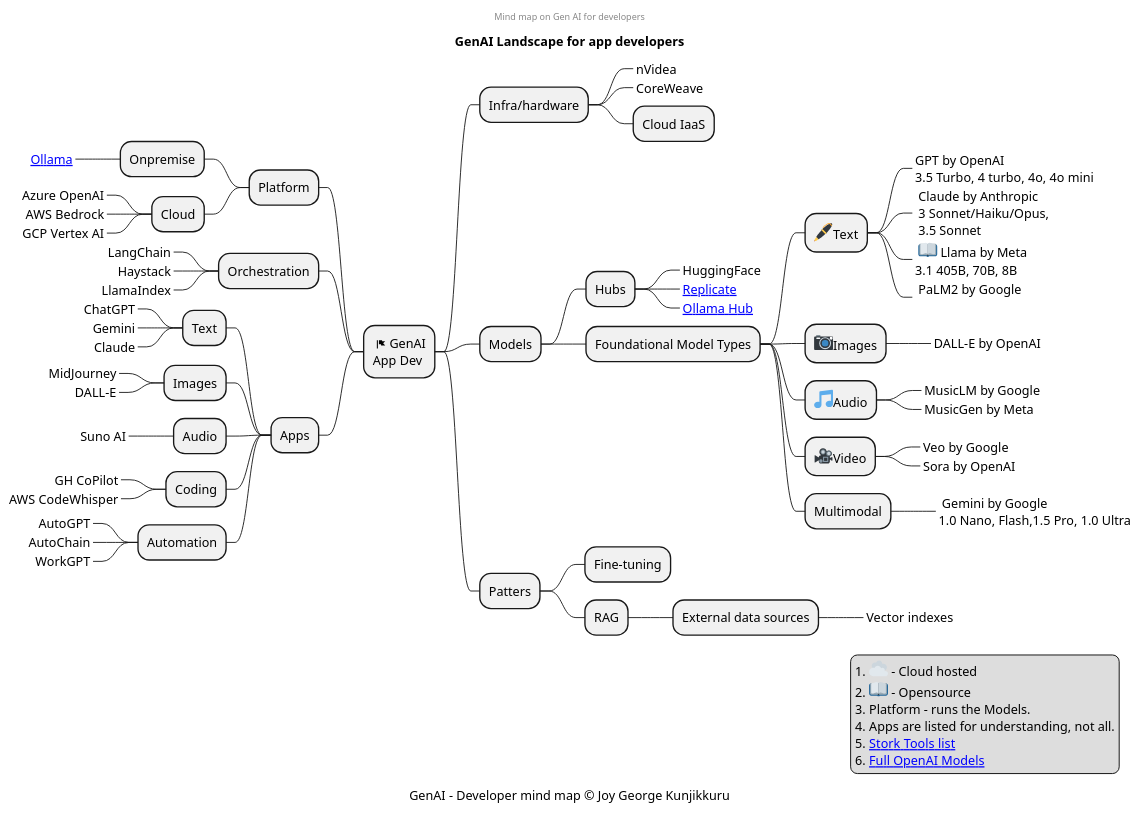
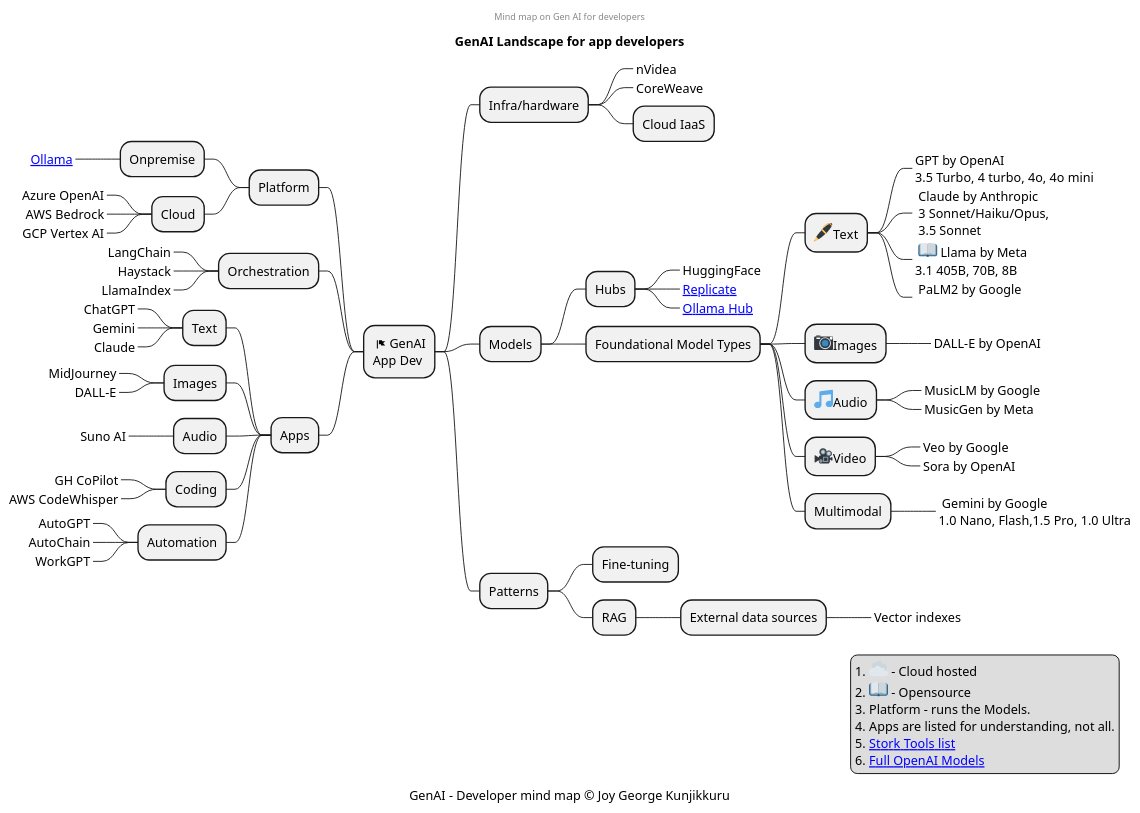
Before and after one commit to mind-maps/software: the diagram in ai/gen-ai/app-developer-landscape.puml, drawn with PlantUML.

```diff
--- a/ai/gen-ai/app-developer-landscape.puml
+++ b/ai/gen-ai/app-developer-landscape.puml
@@ -1,87 +1,87 @@
 @startmindmap
 center header
 Mind map on Gen AI for developers 
 endheader
 title GenAI Landscape for app developers
 *: <&flag> GenAI 
 App Dev;
 left side
 ** Platform
 *** Onpremise
 ****_ [[https://ollama.com/ Ollama]]
 *** Cloud
 ****_ Azure OpenAI
 ****_ AWS Bedrock
 ****_ GCP Vertex AI
 ** Orchestration
 ***_ LangChain
 ***_ Haystack
 ***_ LlamaIndex
 ** Apps
 *** Text
 ****_ ChatGPT
 ****_ Gemini
 ****_ Claude
 *** Images
 ****_ MidJourney
 ****_ DALL-E
 *** Audio
 ****_ Suno AI
 *** Coding
 ****_ GH CoPilot
 ****_ AWS CodeWhisper
 *** Automation
 ****_ AutoGPT
 ****_ AutoChain
 ****_ WorkGPT
 
 right side
 ** Infra/hardware
 ***_ nVidea
 ***_ CoreWeave
 *** Cloud IaaS
 ** Models
 *** Hubs
 ****_ HuggingFace
 ****_ [[https://replicate.com/ Replicate]]
 ****_ [[https://openwebui.com/ Ollama Hub]]
 *** Foundational Model Types
 **** <:pen:>Text
 *****_:GPT by OpenAI
 3.5 Turbo, 4 turbo, 4o, 4o mini;
 *****_: Claude by Anthropic
  3 Sonnet/Haiku/Opus,
  3.5 Sonnet;
 *****_: <:book:> Llama by Meta
 3.1 405B, 70B, 8B ;
 *****_: PaLM2 by Google
 ;
 **** <:camera:>Images
 *****_ DALL-E by OpenAI
 **** <:musical_note:>Audio
 *****_ MusicLM by Google
 *****_ MusicGen by Meta
 **** <:movie_camera:>Video
 *****_ Veo by Google
 *****_ Sora by OpenAI
 **** Multimodal
 *****_: Gemini by Google
 1.0 Nano, Flash,1.5 Pro, 1.0 Ultra;
-** Patters
+** Patterns
 *** Fine-tuning
 *** RAG
 **** External data sources
 *****_ Vector indexes
 
 legend right
 # <:cloud:> - Cloud hosted
 # <:book:> - Opensource
 # Platform - runs the Models.
 # Apps are listed for understanding, not all.
 # [[https://www.stork.ai/ Stork Tools list]]
 # [[https://platform.openai.com/docs/models/models-overview Full OpenAI Models]]
 endlegend
 
 caption GenAI - Developer mind map © Joy George Kunjikkuru
 
 @endmindmap
```
